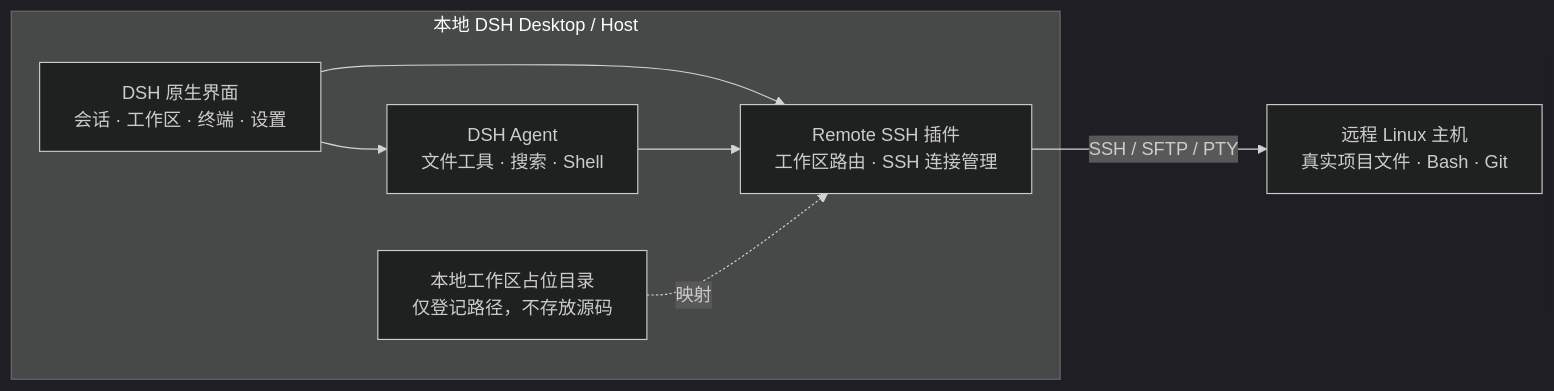
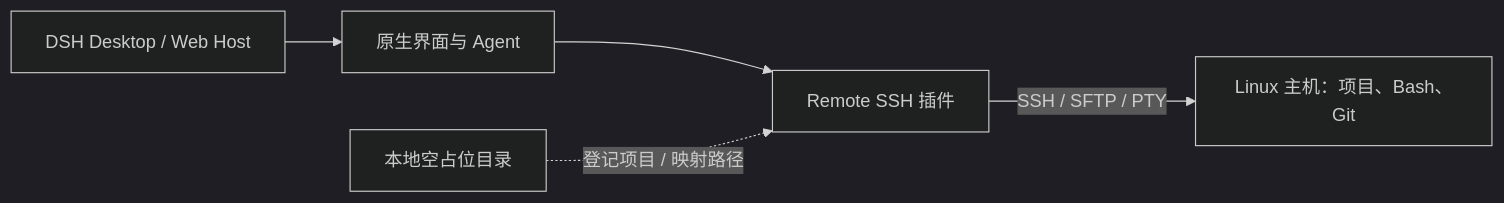
Before and after one commit to WeipengMO/dsh-plugin-remote-ssh: the diagram in README.md, drawn with Mermaid (dark theme). The commit also changed other lines of this file and 4 other files, not shown here.

````diff
--- a/README.md
+++ b/README.md
@@ -18,15 +70,12 @@
 ```mermaid
 flowchart LR
-  subgraph Desktop["本地 DSH Desktop / Host"]
-    UI["DSH 原生界面<br/>会话 · 工作区 · 终端 · 设置"]
-    Agent["DSH Agent<br/>文件工具 · 搜索 · Shell"]
-    Router["Remote SSH 插件<br/>工作区路由 · SSH 连接管理"]
-    Placeholder["本地工作区占位目录<br/>仅登记路径，不存放源码"]
-    UI --> Agent
-    UI --> Router
-    Agent --> Router
-    Placeholder -. "映射" .-> Router
-  end
-
-  Router -- "SSH / SFTP / PTY" --> Linux["远程 Linux 主机<br/>真实项目文件 · Bash · Git"]
+    DSH["DSH Desktop / Web Host"]
+    UI["原生界面与 Agent"]
+    Plugin["Remote SSH 插件"]
+    Placeholder["本地空占位目录"]
+    Linux["Linux 主机：项目、Bash、Git"]
+    DSH --> UI
+    UI --> Plugin
+    Placeholder -. "登记项目 / 映射路径" .-> Plugin
+    Plugin -->|"SSH / SFTP / PTY"| Linux
 ```
````
